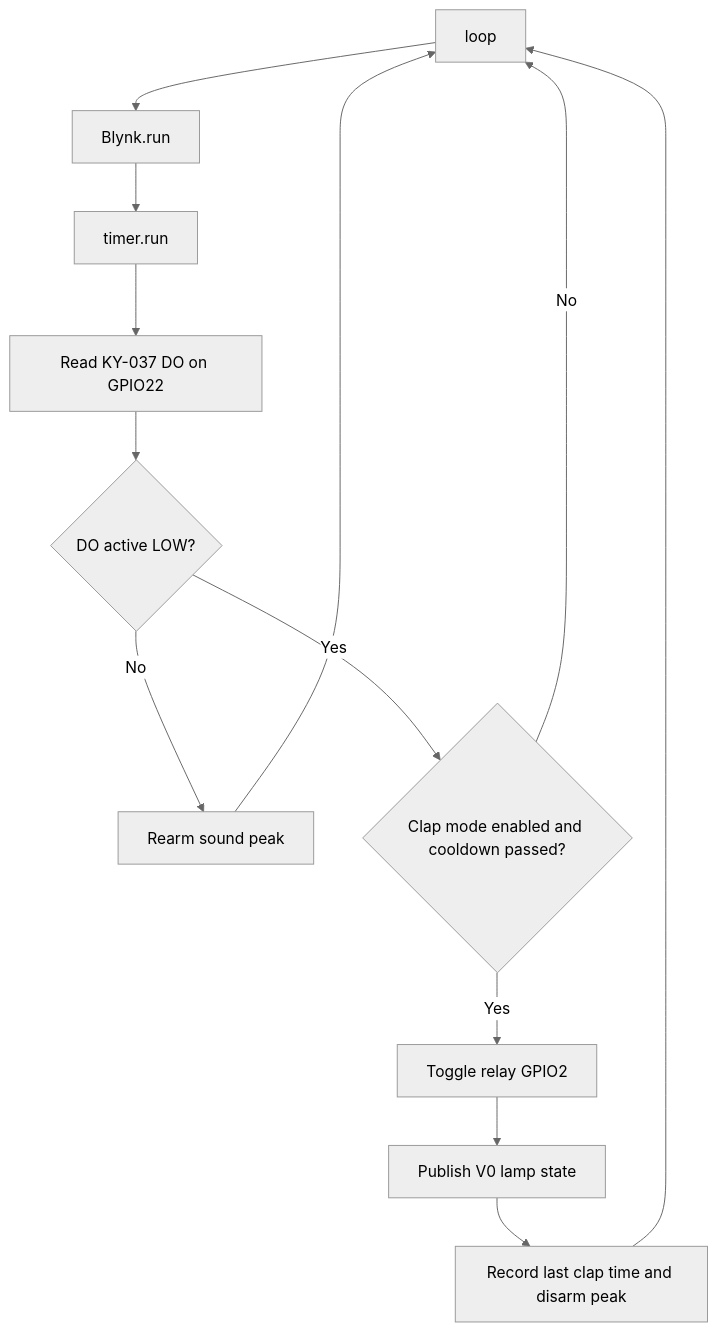
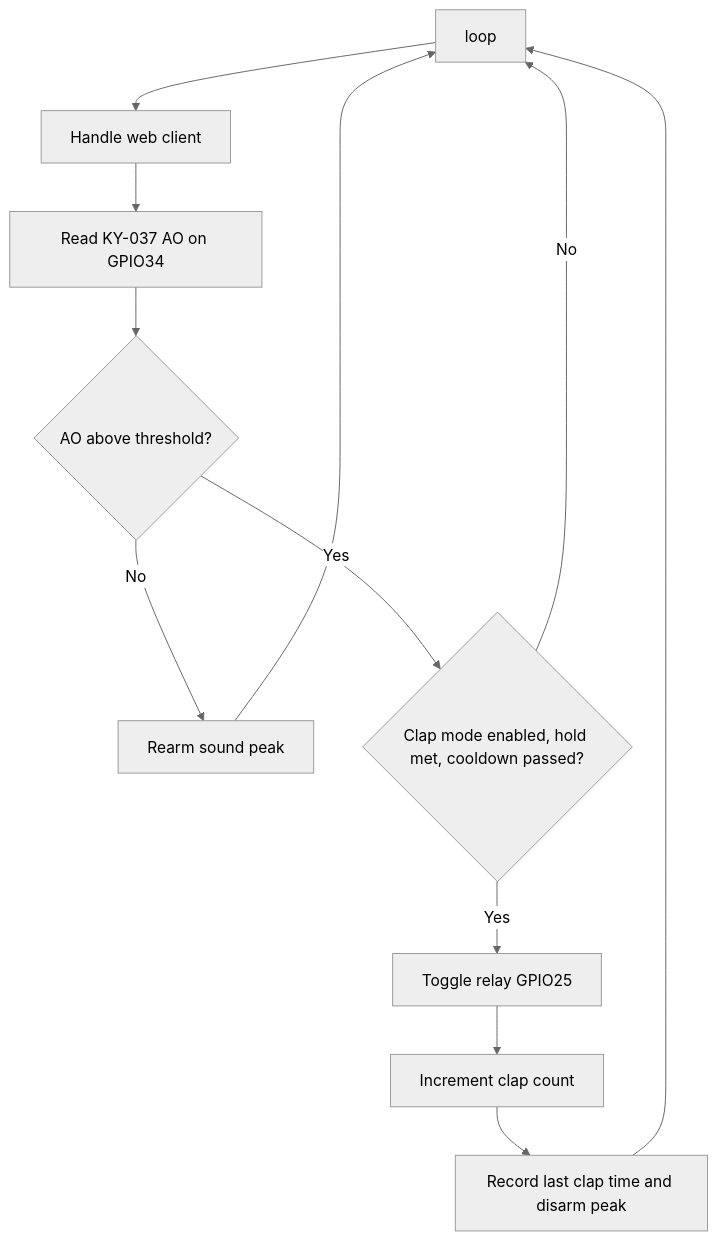
The second of 3 diagrams in docs/flow-overview.md (fatidaprilian/ClapControl-IoT), drawn with Mermaid (neutral theme) before and after one commit. The commit also changed other lines of this file and 17 other files, not shown here.

First line of the commit message:
Refactor ClapControl IoT to use local web dashboard instead of Blynk

````diff
--- a/docs/flow-overview.md
+++ b/docs/flow-overview.md
@@ -17,15 +17,14 @@
 ```mermaid
 flowchart TD
-  A[loop] --> B[Blynk.run]
-  B --> C[timer.run]
-  C --> D[Read KY-037 DO on GPIO22]
-  D --> E{DO active LOW?}
-  E -- No --> F[Rearm sound peak]
-  E -- Yes --> G{Clap mode enabled and cooldown passed?}
+  A[loop] --> B[Handle web client]
+  B --> C[Read KY-037 AO on GPIO34]
+  C --> D{AO above threshold?}
+  D -- No --> F[Rearm sound peak]
+  D -- Yes --> G{Clap mode enabled, hold met, cooldown passed?}
   G -- No --> A
-  G -- Yes --> H[Toggle relay GPIO2]
-  H --> I[Publish V0 lamp state]
+  G -- Yes --> H[Toggle relay GPIO25]
+  H --> I[Increment clap count]
   I --> J[Record last clap time and disarm peak]
   F --> A
   J --> A
 ```
````
